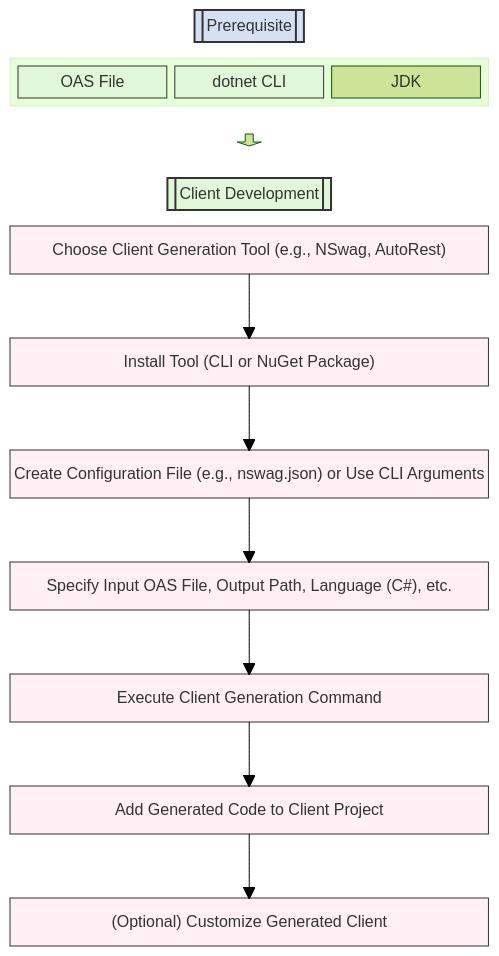
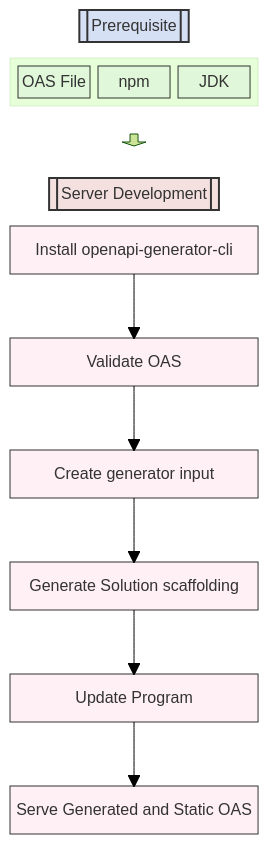
Before and after one commit to kumarshaz/diagrams: the diagram in dotnet-server-genn.mmd, drawn with Mermaid (forest theme).

```diff
--- a/dotnet-server-genn.mmd
+++ b/dotnet-server-genn.mmd
@@ -1,47 +1,43 @@
 block-beta
   columns 1
-
+  
   id1[["Prerequisite"]]
   style id1 fill:#d6e0f5,stroke:#333,stroke-width:2px
-
+  
   block:ID
     A ["OAS File"]
     style A fill:#e0f7d9,stroke:#333,stroke-width:1px
-    B ["dotnet CLI"]
+    B ["npm"]
     style B fill:#e0f7d9,stroke:#333,stroke-width:1px
     C ["JDK"]
-    style B fill:#e0f7d9,stroke:#333,stroke-width:1px
+    style C fill:#e0f7d9,stroke:#333,stroke-width:1px
   end
-
+  
   blockArrowId4<[" "]>(down)
-
-  id2[["Client Development"]]
-  style id2 fill:#e0f7d9,stroke:#333,stroke-width:2px
-
-  D ["Choose Client Generation Tool (e.g., NSwag, AutoRest)"]
+  
+  id2[["Server Development"]]
+  style id2 fill:#f5e0e0,stroke:#333,stroke-width:2px
+  
+  D ["Install openapi-generator-cli"]
   style D fill:#fff0f5,stroke:#333,stroke-width:1px
   space
-  E ["Install Tool (CLI or NuGet Package)"]
+  E ["Validate OAS"]
   style E fill:#fff0f5,stroke:#333,stroke-width:1px
   space
-  F ["Create Configuration File (e.g., nswag.json) or Use CLI Arguments"]
+  F ["Create generator input"]
   style F fill:#fff0f5,stroke:#333,stroke-width:1px
   space
-  G ["Specify Input OAS File, Output Path, Language (C#), etc."]
+  G ["Generate Solution scaffolding"]
   style G fill:#fff0f5,stroke:#333,stroke-width:1px
   space
-  H ["Execute Client Generation Command"]
+  H ["Update Program"]
   style H fill:#fff0f5,stroke:#333,stroke-width:1px
   space
-  I ["Add Generated Code to Client Project"]
+  I ["Serve Generated and Static OAS"]
   style I fill:#fff0f5,stroke:#333,stroke-width:1px
-  space
-  J ["(Optional) Customize Generated Client"]
-  style J fill:#fff0f5,stroke:#333,stroke-width:1px
-
+  
   D --> E
   E --> F
   F --> G
   G --> H
   H --> I
-  I --> J
```
